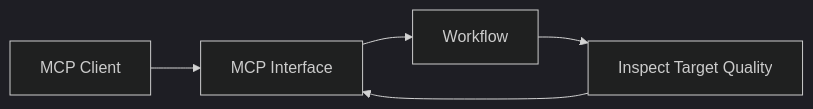
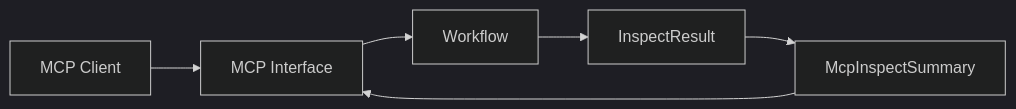
One commit to huang-xiao-jian/bluey changed the second of 2 diagrams in specs/npm-plus/interfaces/spec.md. Above: the diagram before and after it, drawn with Mermaid (dark theme). The commit also changed other lines of this file and 5 other files, not shown here.

````diff
--- a/specs/npm-plus/interfaces/spec.md
+++ b/specs/npm-plus/interfaces/spec.md
@@ -27,11 +28,12 @@
 ```mermaid
 ---
 config:
   layout: dagre
 ---
 flowchart LR
     Agent[MCP Client] --> Mcp[MCP Interface]
     Mcp --> Workflow
-    Workflow --> Report[Inspect Target Quality]
-    Report --> Mcp
+    Workflow --> Raw[InspectResult]
+    Raw --> Summary[McpInspectSummary]
+    Summary --> Mcp
 ```
````
